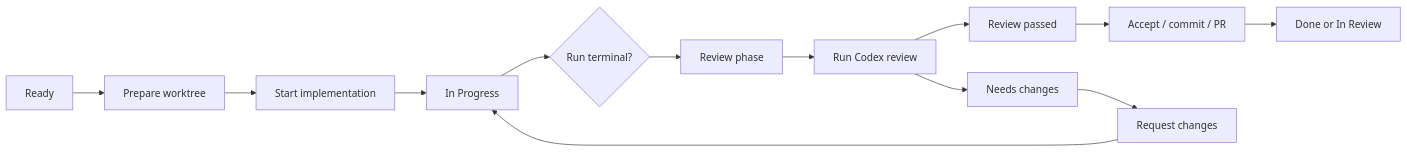
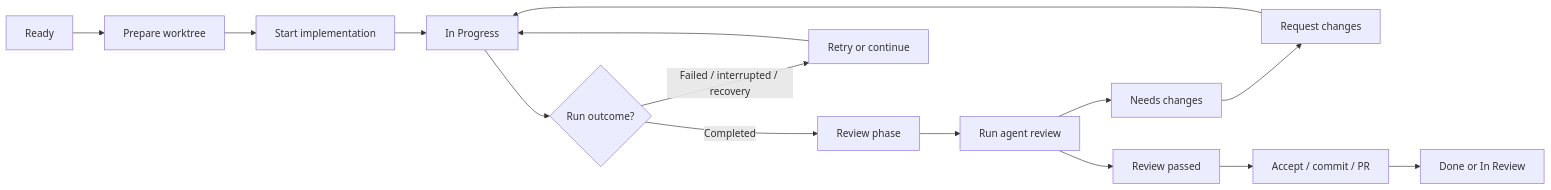
The diagram in docs/PRODUCT_WORKFLOW.md (RojhatToptamus/task-monki), drawn with Mermaid before and after one commit. The commit also changed other lines of this file and 231 other files, not shown here.

````diff
--- a/docs/PRODUCT_WORKFLOW.md
+++ b/docs/PRODUCT_WORKFLOW.md
@@ -193,15 +219,17 @@
 ```mermaid
 flowchart LR
   Ready["Ready"] --> Prepare["Prepare worktree"]
   Prepare --> Start["Start implementation"]
   Start --> Progress["In Progress"]
-  Progress --> Terminal{"Run terminal?"}
-  Terminal --> Review["Review phase"]
-  Review --> Gate["Run Codex review"]
+  Progress --> Terminal{"Run outcome?"}
+  Terminal -->|Completed| Review["Review phase"]
+  Terminal -->|Failed / interrupted / recovery| Retry["Retry or continue"]
+  Retry --> Progress
+  Review --> Gate["Run agent review"]
   Gate --> Passed["Review passed"]
   Gate --> Changes["Needs changes"]
   Changes --> FollowUp["Request changes"]
   FollowUp --> Progress
   Passed --> Accept["Accept / commit / PR"]
   Accept --> Done["Done or In Review"]
 ```
````
